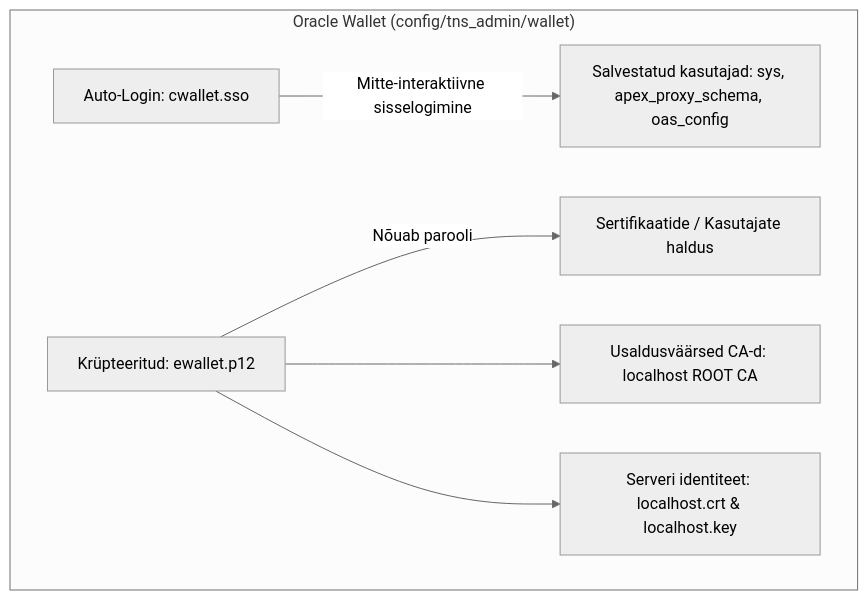
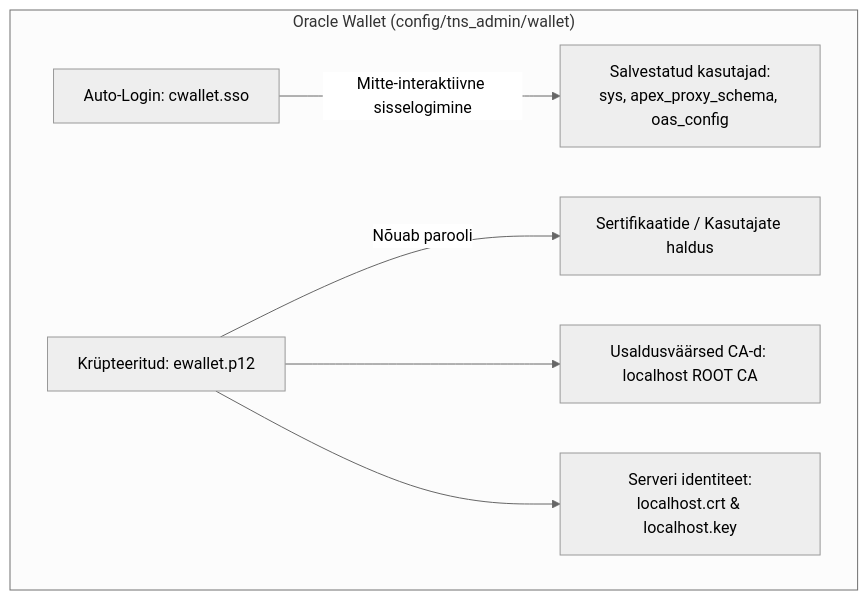
One commit to alahe/oracle-devops-platform changed the diagram in docs/oracle-wallet-architecture-plan.md. Above: the diagram before and after it, drawn with Mermaid (neutral theme). The commit also changed 412 other files, not shown here.

````diff
--- a/docs/oracle-wallet-architecture-plan.md
+++ b/docs/oracle-wallet-architecture-plan.md
@@ -27,9 +27,9 @@
 ```mermaid
 graph TD
     subgraph "Oracle Wallet (config/tns_admin/wallet)"
-        cwallet["Auto-Login: cwallet.sso"] -->|Mitte-interaktiivne sisselogimine| SEPS["Salvestatud kasutajad: sys, apex_proxy_schema, oas_config"]
+        cwallet["Auto-Login: cwallet.sso"] -->|Mitte-interaktiivne sisselogimine| SEPS["Salvestatud kasutajad:<br/>sys, apex_proxy_schema, oas_config"]
         ewallet["Krüpteeritud: ewallet.p12"] -->|Nõuab parooli| Admin["Sertifikaatide / Kasutajate haldus"]
         ewallet --> Truststore["Usaldusväärsed CA-d: localhost ROOT CA"]
-        ewallet --> Identity["Serveri identiteet: localhost.crt & localhost.key"]
+        ewallet --> Identity["Serveri identiteet:<br/>localhost.crt & localhost.key"]
     end
 ```
````
